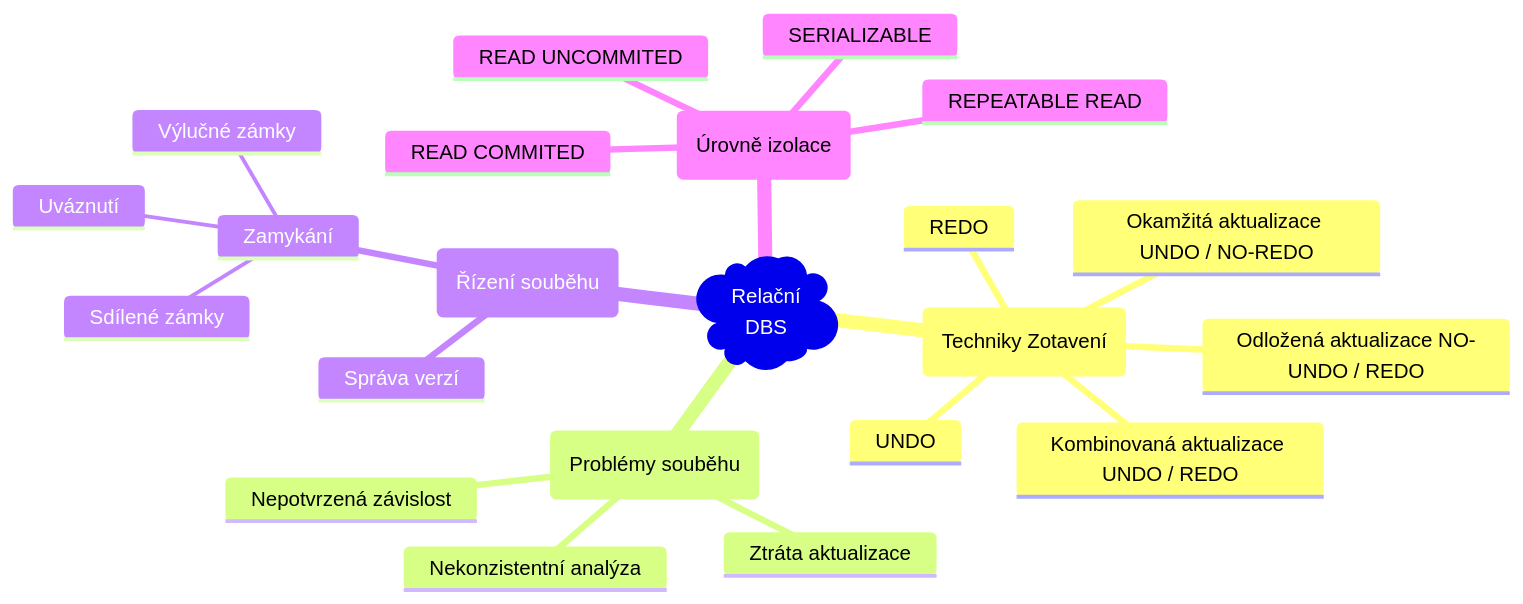
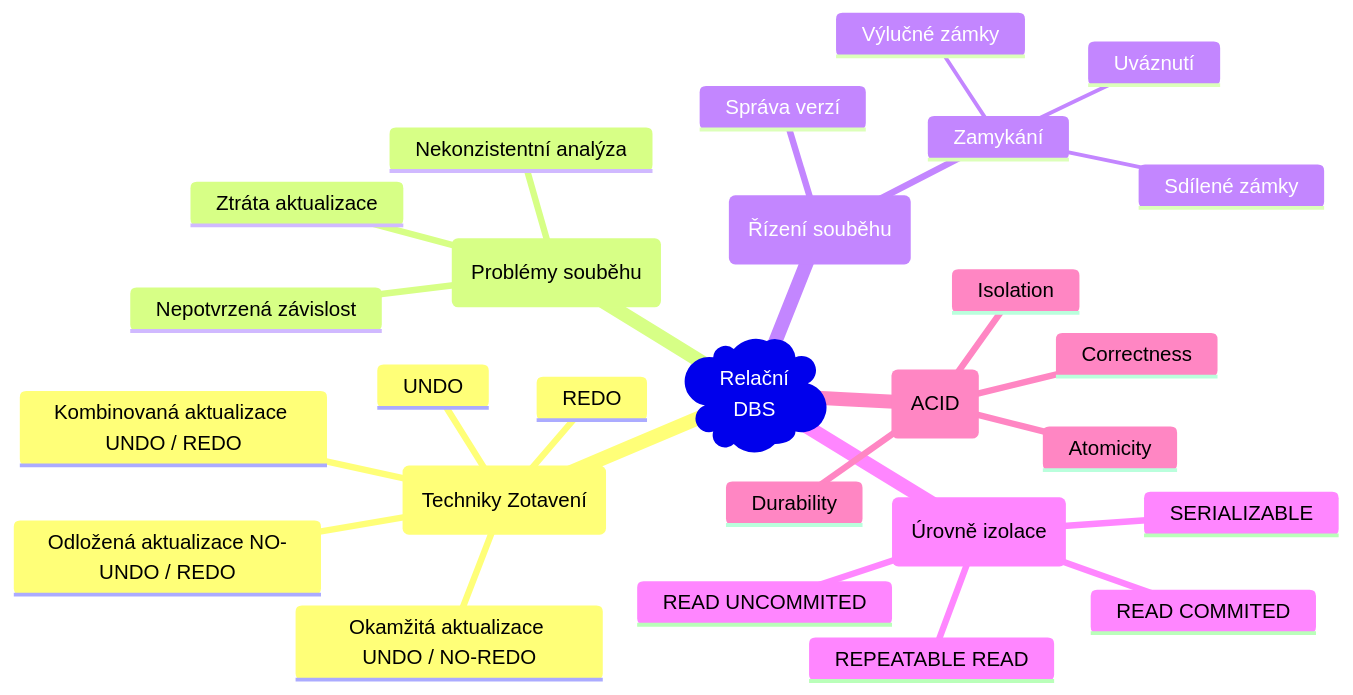
One commit to matejfric/mdbook changed the second of 4 diagrams in src/it/databases.md. Above: the diagram before and after it, drawn with Mermaid. The commit also changed other lines of this file, not shown here.

````diff
--- a/src/it/databases.md
+++ b/src/it/databases.md
@@ -121,26 +207,31 @@
 ```mermaid
 mindmap
   root )"""Relační
   DBS""")
     (Techniky Zotavení)
       UNDO
       REDO
       Odložená aktualizace NO-UNDO / REDO
       Okamžitá aktualizace UNDO / NO-REDO
       Kombinovaná aktualizace UNDO / REDO
     (Problémy souběhu)
       Ztráta aktualizace
       Nepotvrzená závislost
       Nekonzistentní analýza
     (Řízení souběhu)
       Zamykání
         Sdílené zámky
         Výlučné zámky
         Uváznutí
       Správa verzí
     (Úrovně izolace)
       SERIALIZABLE
       READ UNCOMMITED
       READ COMMITED
       REPEATABLE READ
+    (ACID)
+      Atomicity
+      Correctness
+      Isolation
+      Durability
 ```
````
